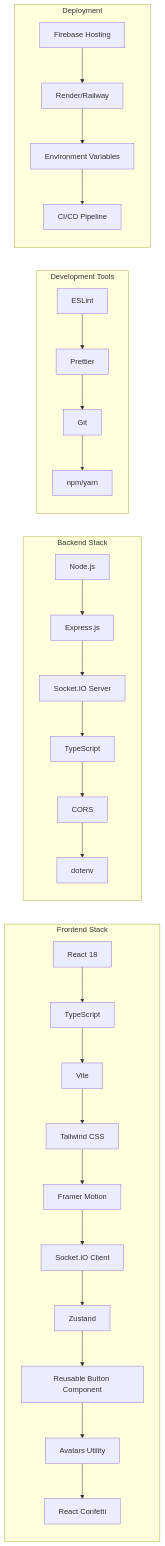
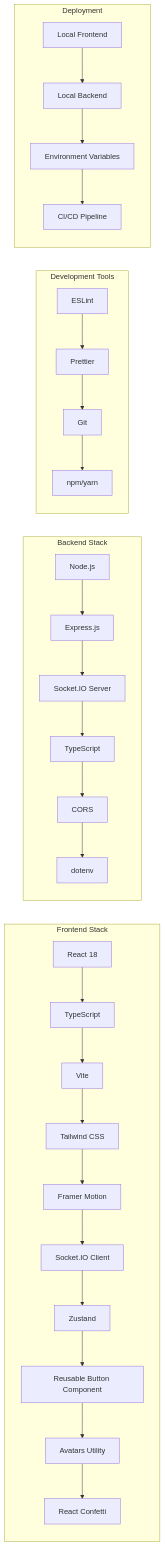
Before and after one commit to souzabruno01/CapyType-Race: the third of 6 diagrams in capytype/ARCHITECTURE.md, drawn with Mermaid. The commit also changed other lines of this file and 9 other files, not shown here.

````diff
--- a/capytype/ARCHITECTURE.md
+++ b/capytype/ARCHITECTURE.md
@@ -114,34 +114,34 @@
 ```mermaid
 graph LR
     subgraph "Frontend Stack"
         A[React 18] --> B[TypeScript]
         B --> C[Vite]
         C --> D[Tailwind CSS]
         D --> E[Framer Motion]
         E --> F[Socket.IO Client]
         F --> G[Zustand]
         G --> H[Reusable Button Component]
         H --> I[Avatars Utility]
         I --> J[React Confetti]
     end
     
     subgraph "Backend Stack"
         K[Node.js] --> L[Express.js]
         L --> M[Socket.IO Server]
         M --> N[TypeScript]
         N --> O[CORS]
         O --> P[dotenv]
     end
     
     subgraph "Development Tools"
         Q[ESLint] --> R[Prettier]
         R --> S[Git]
         S --> T[npm/yarn]
     end
     
     subgraph "Deployment"
-        U[Firebase Hosting] --> V[Render/Railway]
+        U[Local Frontend] --> V[Local Backend]
         V --> W[Environment Variables]
         W --> X[CI/CD Pipeline]
     end
 ```
````
